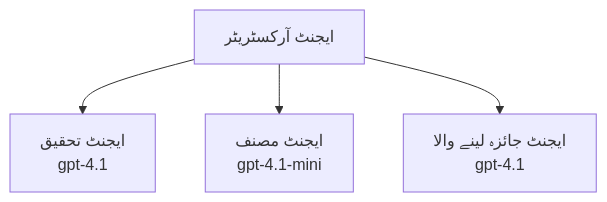
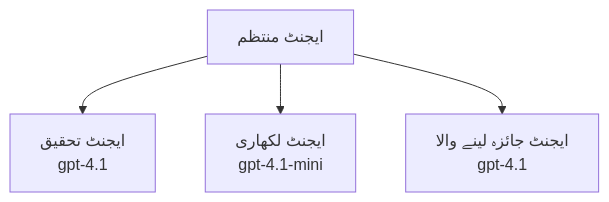
The third of 3 diagrams in translations/ur/docs/chapter-02-ai-development/agents.md (microsoft/AZD-for-beginners), drawn with Mermaid before and after one commit. The commit also changed other lines of this file and 101 other files, not shown here.

````diff
--- a/translations/ur/docs/chapter-02-ai-development/agents.md
+++ b/translations/ur/docs/chapter-02-ai-development/agents.md
@@ -189,6 +194,6 @@
 ```mermaid
 graph TD
-    Orchestrator[ایجنٹ آرکسٹریٹر] --> Research[ایجنٹ تحقیق<br/>gpt-4.1]
-    Orchestrator --> Writer[ایجنٹ مصنف<br/>gpt-4.1-mini]
+    Orchestrator[ایجنٹ منتظم] --> Research[ایجنٹ تحقیق<br/>gpt-4.1]
+    Orchestrator --> Writer[ایجنٹ لکھاری<br/>gpt-4.1-mini]
     Orchestrator --> Reviewer[ایجنٹ جائزہ لینے والا<br/>gpt-4.1]
-```
+```  
````
